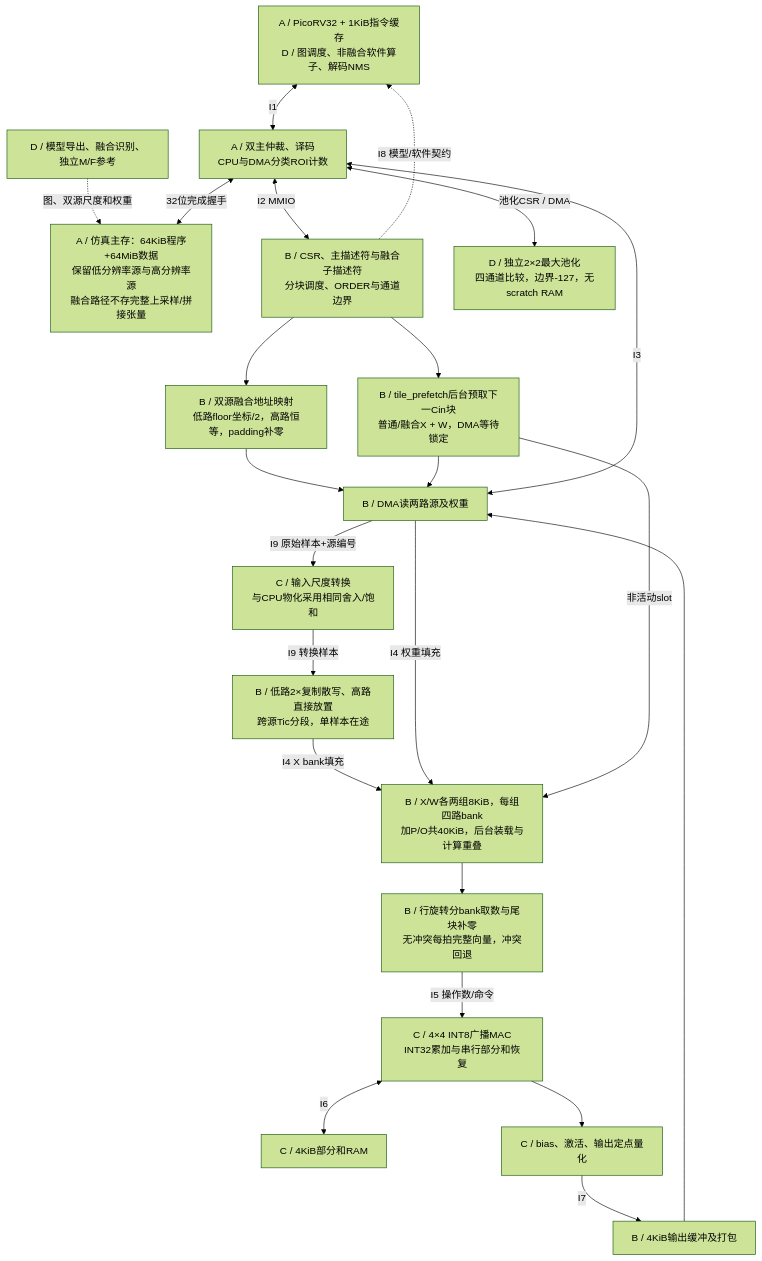
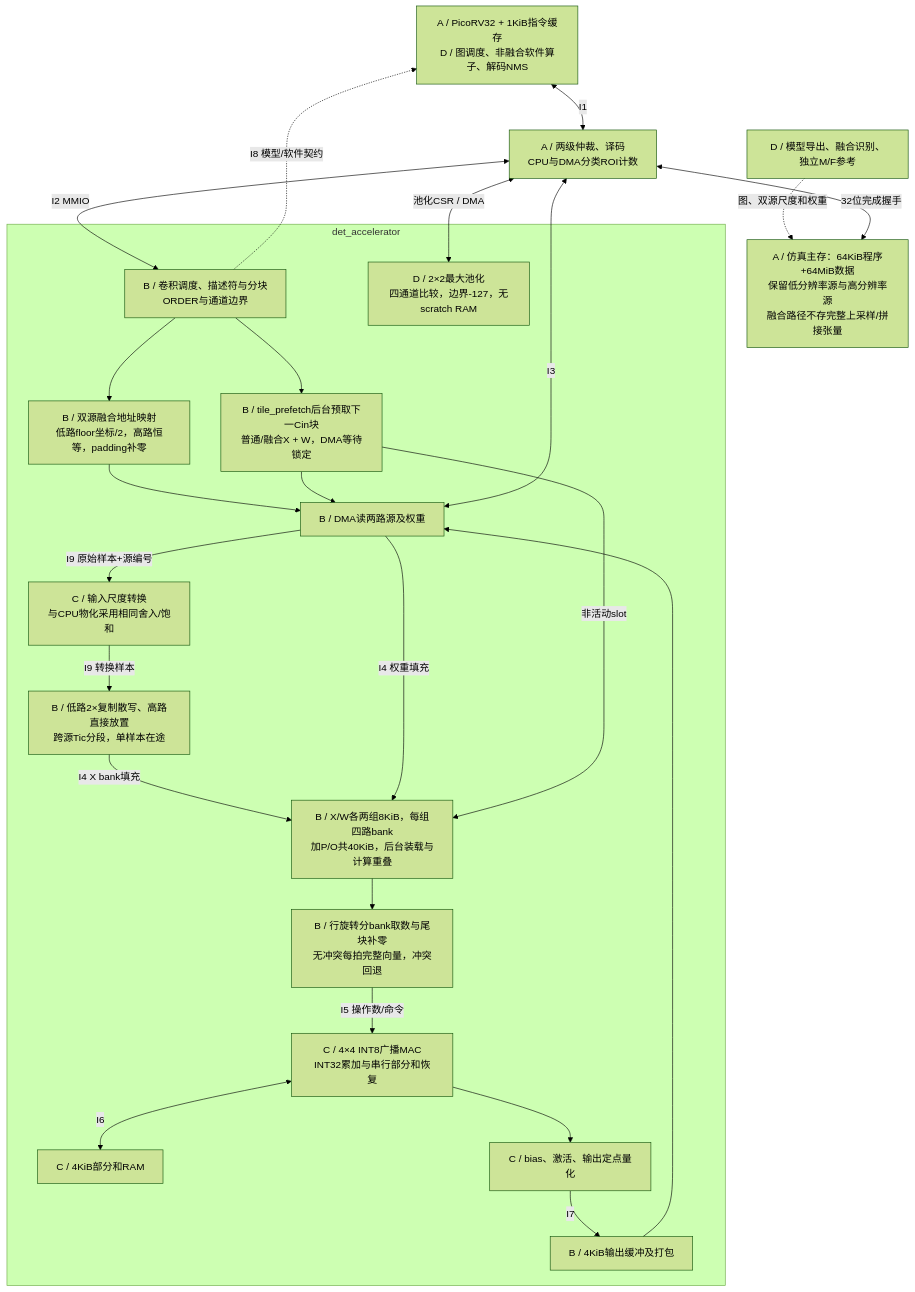
One commit to PimeGiano/ai-soc changed the diagram in docs/architecture.mmd. Above: the diagram before and after it, drawn with Mermaid (forest theme). The commit also changed 60 other files, not shown here.

```diff
--- a/docs/architecture.mmd
+++ b/docs/architecture.mmd
@@ -1,23 +1,26 @@
 flowchart TB
   HOST["D / 模型导出、融合识别、独立M/F参考"] -. "图、双源尺度和权重" .-> MEM
-  CPU["A / PicoRV32 + 1KiB指令缓存<br/>D / 图调度、非融合软件算子、解码NMS"] <-->|"I1"| BUS["A / 双主仲裁、译码<br/>CPU与DMA分类ROI计数"]
+  CPU["A / PicoRV32 + 1KiB指令缓存<br/>D / 图调度、非融合软件算子、解码NMS"] <-->|"I1"| BUS["A / 两级仲裁、译码<br/>CPU与DMA分类ROI计数"]
   BUS <-->|"32位完成握手"| MEM["A / 仿真主存：64KiB程序+64MiB数据<br/>保留低分辨率源与高分辨率源<br/>融合路径不存完整上采样/拼接张量"]
-  BUS <-->|"I2 MMIO"| CTRL["B / CSR、主描述符与融合子描述符<br/>分块调度、ORDER与通道边界"]
-  CTRL --> MAP["B / 双源融合地址映射<br/>低路floor坐标/2，高路恒等，padding补零"]
-  MAP --> DMA["B / DMA读两路源及权重"]
+  subgraph ACCEL["det_accelerator"]
+    CTRL["B / 卷积调度、描述符与分块<br/>ORDER与通道边界"] --> MAP["B / 双源融合地址映射<br/>低路floor坐标/2，高路恒等，padding补零"]
+    MAP --> DMA["B / DMA读两路源及权重"]
+    DMA -->|"I9 原始样本+源编号"| IQ["C / 输入尺度转换<br/>与CPU物化采用相同舍入/饱和"]
+    IQ -->|"I9 转换样本"| SCAT["B / 低路2×复制散写、高路直接放置<br/>跨源Tic分段，单样本在途"]
+    SCAT -->|"I4 X bank填充"| BUF["B / X/W各两组8KiB，每组四路bank<br/>加P/O共40KiB，后台装载与计算重叠"]
+    DMA -->|"I4 权重填充"| BUF
+    BUF --> GATHER["B / 行旋转分bank取数与尾块补零<br/>无冲突每拍完整向量，冲突回退"]
+    GATHER -->|"I5 操作数/命令"| CORE["C / 4×4 INT8广播MAC<br/>INT32累加与串行部分和恢复"]
+    CORE <-->|"I6"| PSUM["C / 4KiB部分和RAM"]
+    CORE --> Q["C / bias、激活、输出定点量化"]
+    Q -->|"I7"| OUT["B / 4KiB输出缓冲及打包"]
+    OUT --> DMA
+    CTRL --> PF["B / tile_prefetch后台预取下一Cin块<br/>普通/融合X + W，DMA等待锁定"]
+    PF --> DMA
+    PF -->|"非活动slot"| BUF
+    POOL["D / 2×2最大池化<br/>四通道比较，边界-127，无scratch RAM"]
+  end
+  BUS <-->|"I2 MMIO"| CTRL
   DMA <-->|"I3"| BUS
-  DMA -->|"I9 原始样本+源编号"| IQ["C / 输入尺度转换<br/>与CPU物化采用相同舍入/饱和"]
-  IQ -->|"I9 转换样本"| SCAT["B / 低路2×复制散写、高路直接放置<br/>跨源Tic分段，单样本在途"]
-  SCAT -->|"I4 X bank填充"| BUF["B / X/W各两组8KiB，每组四路bank<br/>加P/O共40KiB，后台装载与计算重叠"]
-  DMA -->|"I4 权重填充"| BUF
-  BUF --> GATHER["B / 行旋转分bank取数与尾块补零<br/>无冲突每拍完整向量，冲突回退"]
-  GATHER -->|"I5 操作数/命令"| CORE["C / 4×4 INT8广播MAC<br/>INT32累加与串行部分和恢复"]
-  CORE <-->|"I6"| PSUM["C / 4KiB部分和RAM"]
-  CORE --> Q["C / bias、激活、输出定点量化"]
-  Q -->|"I7"| OUT["B / 4KiB输出缓冲及打包"]
-  OUT --> DMA
   CTRL -. "I8 模型/软件契约" .-> CPU
-  CTRL --> PF["B / tile_prefetch后台预取下一Cin块<br/>普通/融合X + W，DMA等待锁定"]
-  PF --> DMA
-  PF -->|"非活动slot"| BUF
-  BUS <-->|"池化CSR / DMA"| POOL["D / 独立2×2最大池化<br/>四通道比较，边界-127，无scratch RAM"]
+  BUS <-->|"池化CSR / DMA"| POOL
```
